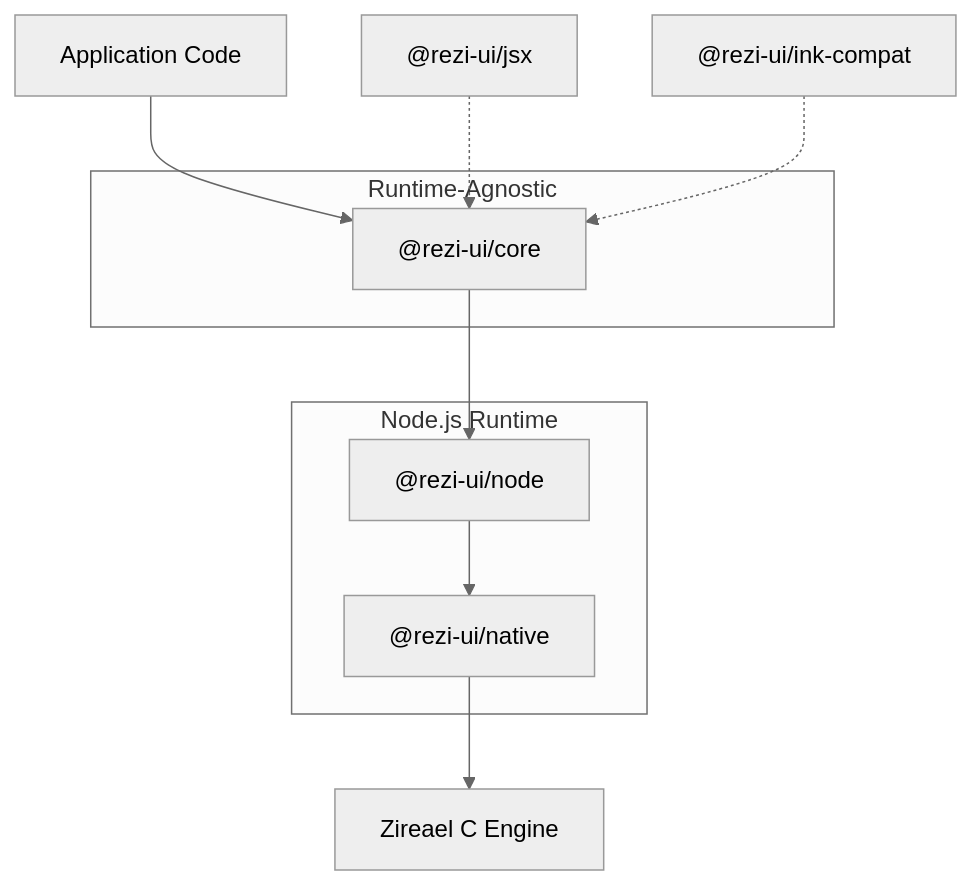
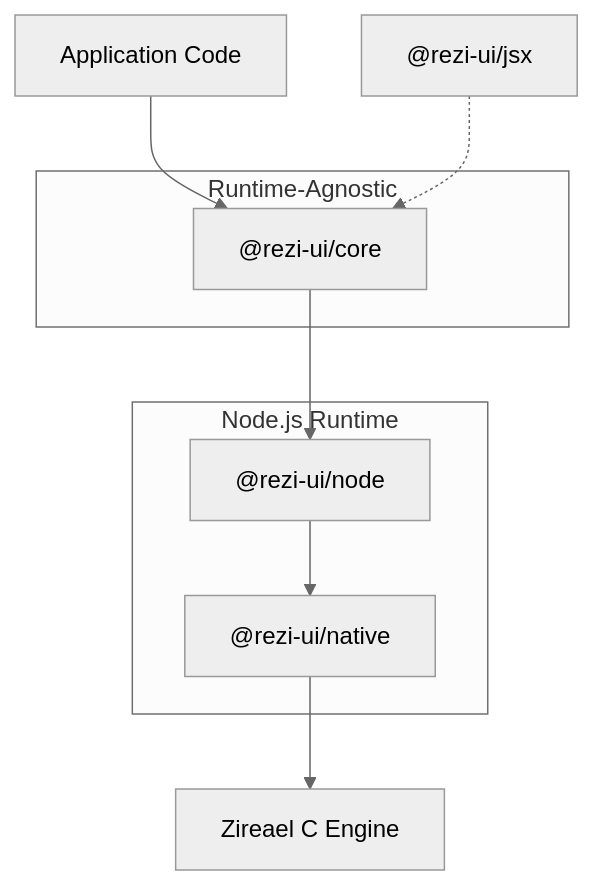
The diagram in docs/architecture/index.md (IronMask1234554321/Rezi), drawn with Mermaid (neutral theme) before and after one commit. The commit also changed 16 other files, not shown here.

Commit message:
docs: remove ink-compat docs and unblock bench build

````diff
--- a/docs/architecture/index.md
+++ b/docs/architecture/index.md
@@ -7,18 +7,17 @@
 ```mermaid
 flowchart TB
   App["Application Code"] --> Core["@rezi-ui/core"]
   JSX["@rezi-ui/jsx"] -.-> Core
-  InkCompat["@rezi-ui/ink-compat"] -.-> Core
   Core --> Node["@rezi-ui/node"]
   Node --> Native["@rezi-ui/native"]
   Native --> Engine["Zireael C Engine"]
 
   subgraph Runtime-Agnostic
     Core
   end
 
   subgraph Node.js Runtime
     Node
     Native
   end
 ```
````
